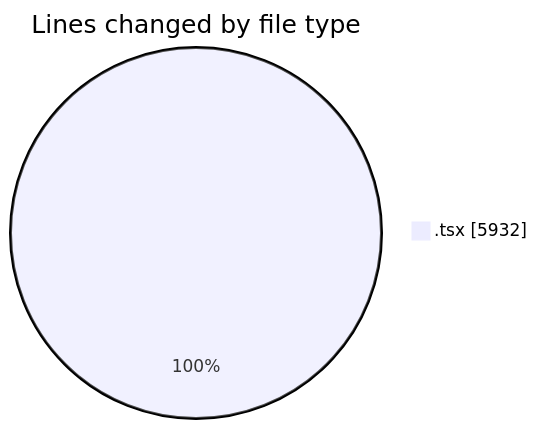
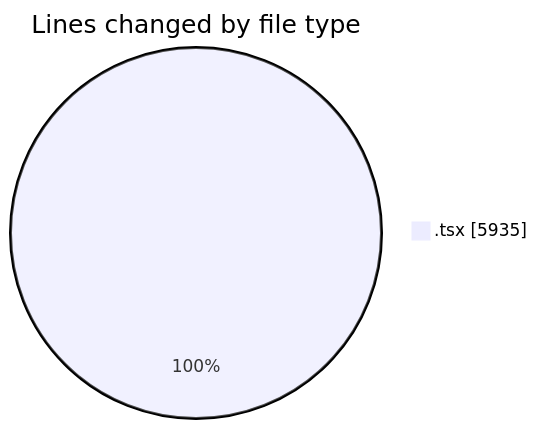
Before and after one commit to momahboobian/code-tracking: the first of 2 diagrams in 2025-12-04/cda/README.md, drawn with Mermaid. The commit also changed other lines of this file and 1 other file, not shown here.

````diff
--- a/2025-12-04/cda/README.md
+++ b/2025-12-04/cda/README.md
@@ -22,5 +22,5 @@
 ```mermaid
 pie showData
 title Lines changed by file type
-".tsx" : 5932
+".tsx" : 5935
 ```
````
